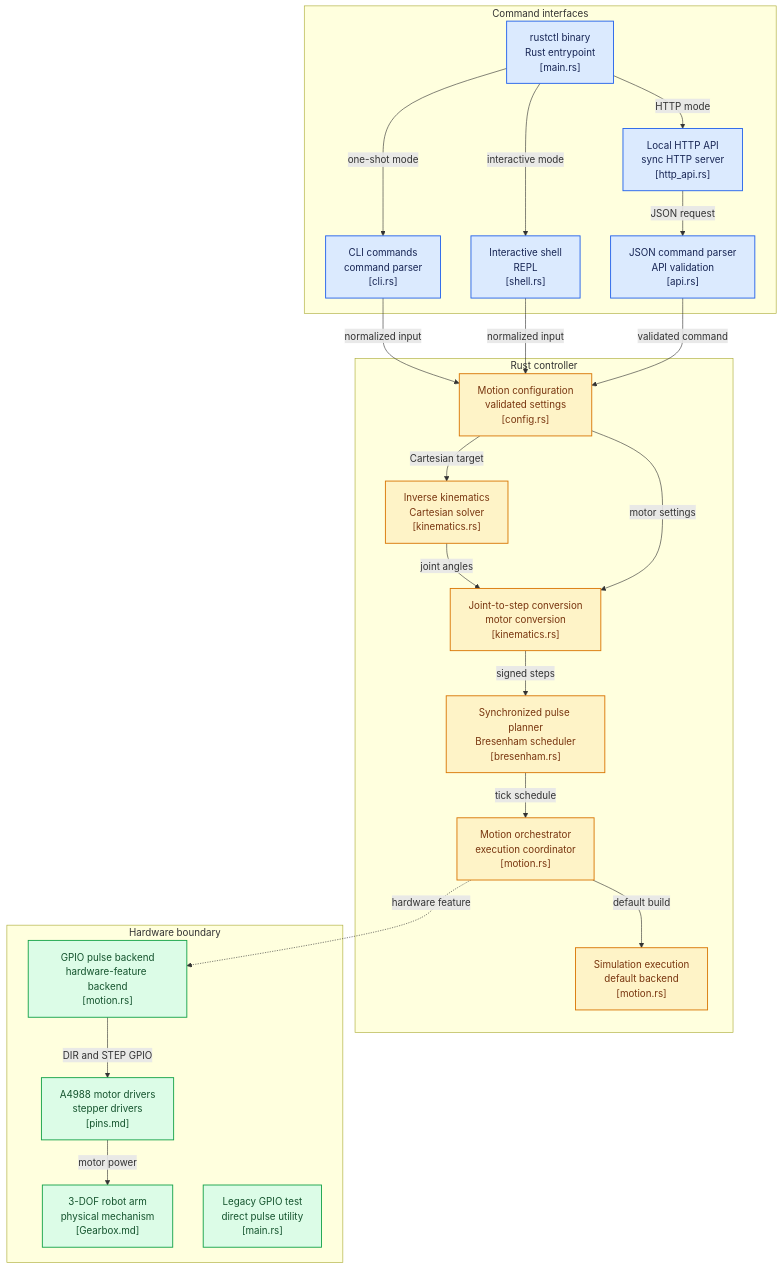
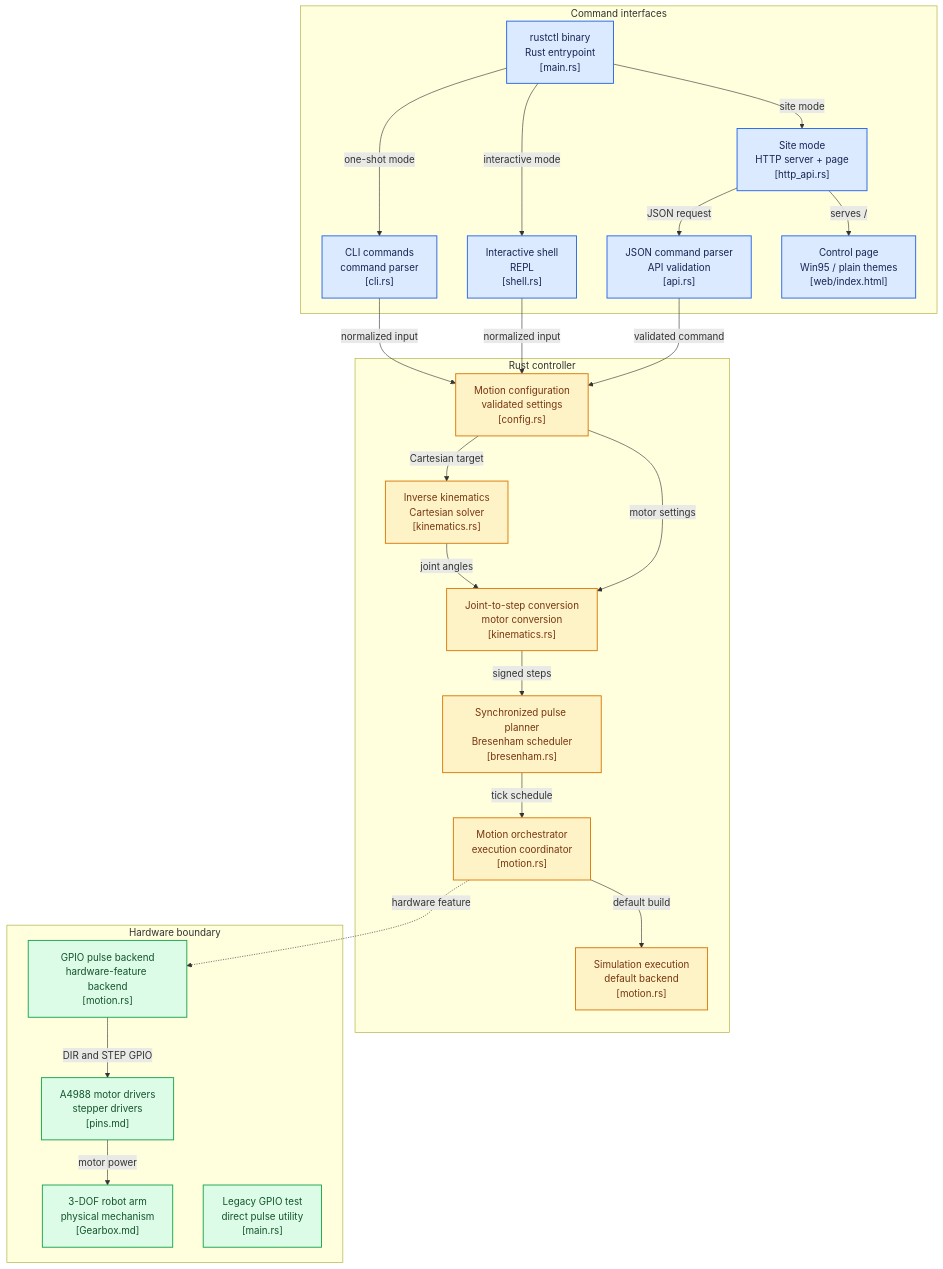
Before and after one commit to HASE-HGV/Roboterarm-HASE: the third of 5 diagrams in README.md, drawn with Mermaid. The commit also changed other lines of this file and 11 other files, not shown here.

````diff
--- a/README.md
+++ b/README.md
@@ -252,71 +262,74 @@
 ```mermaid
 flowchart TD
 
 subgraph group_interfaces["Command interfaces"]
   node_main["rustctl binary<br/>Rust entrypoint<br/>[main.rs]"]
   node_cli["CLI commands<br/>command parser<br/>[cli.rs]"]
   node_shell["Interactive shell<br/>REPL<br/>[shell.rs]"]
-  node_http["Local HTTP API<br/>sync HTTP server<br/>[http_api.rs]"]
+  node_http["Site mode<br/>HTTP server + page<br/>[http_api.rs]"]
   node_api["JSON command parser<br/>API validation<br/>[api.rs]"]
+  node_page["Control page<br/>Win95 / plain themes<br/>[web/index.html]"]
 end
 
 subgraph group_controller["Rust controller"]
   node_config["Motion configuration<br/>validated settings<br/>[config.rs]"]
   node_kinematics["Inverse kinematics<br/>Cartesian solver<br/>[kinematics.rs]"]
   node_step_conversion["Joint-to-step conversion<br/>motor conversion<br/>[kinematics.rs]"]
   node_planner["Synchronized pulse planner<br/>Bresenham scheduler<br/>[bresenham.rs]"]
   node_motion["Motion orchestrator<br/>execution coordinator<br/>[motion.rs]"]
   node_simulation["Simulation execution<br/>default backend<br/>[motion.rs]"]
 end
 
 subgraph group_hardware["Hardware boundary"]
   node_gpio_backend["GPIO pulse backend<br/>hardware-feature backend<br/>[motion.rs]"]
   node_drivers["A4988 motor drivers<br/>stepper drivers<br/>[pins.md]"]
   node_robot["3-DOF robot arm<br/>physical mechanism<br/>[Gearbox.md]"]
   node_gpio_test["Legacy GPIO test<br/>direct pulse utility<br/>[main.rs]"]
 end
 
 node_main -->|"one-shot mode"| node_cli
 node_main -->|"interactive mode"| node_shell
-node_main -->|"HTTP mode"| node_http
+node_main -->|"site mode"| node_http
+node_http -->|"serves /"| node_page
 node_http -->|"JSON request"| node_api
 node_cli -->|"normalized input"| node_config
 node_shell -->|"normalized input"| node_config
 node_api -->|"validated command"| node_config
 node_config -->|"Cartesian target"| node_kinematics
 node_kinematics -->|"joint angles"| node_step_conversion
 node_config -->|"motor settings"| node_step_conversion
 node_step_conversion -->|"signed steps"| node_planner
 node_planner -->|"tick schedule"| node_motion
 node_motion -->|"default build"| node_simulation
 node_motion -.->|"hardware feature"| node_gpio_backend
 node_gpio_backend -->|"DIR and STEP GPIO"| node_drivers
 node_drivers -->|"motor power"| node_robot
 
 click node_main "https://github.com/hase-hgv/roboterarm-hase/blob/main/rustctl/src/main.rs"
 click node_cli "https://github.com/hase-hgv/roboterarm-hase/blob/main/rustctl/src/cli.rs"
 click node_shell "https://github.com/hase-hgv/roboterarm-hase/blob/main/rustctl/src/shell.rs"
 click node_http "https://github.com/hase-hgv/roboterarm-hase/blob/main/rustctl/src/http_api.rs"
 click node_api "https://github.com/hase-hgv/roboterarm-hase/blob/main/rustctl/src/api.rs"
+click node_page "https://github.com/hase-hgv/roboterarm-hase/blob/main/rustctl/web/index.html"
 click node_config "https://github.com/hase-hgv/roboterarm-hase/blob/main/rustctl/src/config.rs"
 click node_kinematics "https://github.com/hase-hgv/roboterarm-hase/blob/main/rustctl/src/kinematics.rs"
 click node_step_conversion "https://github.com/hase-hgv/roboterarm-hase/blob/main/rustctl/src/kinematics.rs"
 click node_planner "https://github.com/hase-hgv/roboterarm-hase/blob/main/rustctl/src/bresenham.rs"
 click node_motion "https://github.com/hase-hgv/roboterarm-hase/blob/main/rustctl/src/motion.rs"
 click node_simulation "https://github.com/hase-hgv/roboterarm-hase/blob/main/rustctl/src/motion.rs"
 click node_gpio_backend "https://github.com/hase-hgv/roboterarm-hase/blob/main/rustctl/src/motion.rs"
 click node_drivers "https://github.com/hase-hgv/roboterarm-hase/blob/main/pins.md"
 click node_robot "https://github.com/hase-hgv/roboterarm-hase/blob/main/VI21-Anlagen/Gearbox.md"
 click node_gpio_test "https://github.com/hase-hgv/roboterarm-hase/blob/main/gpioTest/src/main.rs"
 
 classDef toneNeutral fill:#f8fafc,stroke:#334155,stroke-width:1.5px,color:#0f172a
 classDef toneBlue fill:#dbeafe,stroke:#2563eb,stroke-width:1.5px,color:#172554
 classDef toneAmber fill:#fef3c7,stroke:#d97706,stroke-width:1.5px,color:#78350f
 classDef toneMint fill:#dcfce7,stroke:#16a34a,stroke-width:1.5px,color:#14532d
 classDef toneRose fill:#ffe4e6,stroke:#e11d48,stroke-width:1.5px,color:#881337
 classDef toneIndigo fill:#e0e7ff,stroke:#4f46e5,stroke-width:1.5px,color:#312e81
 classDef toneTeal fill:#ccfbf1,stroke:#0f766e,stroke-width:1.5px,color:#134e4a
-class node_main,node_cli,node_shell,node_http,node_api toneBlue
+class node_main,node_cli,node_shell,node_http,node_api,node_page toneBlue
 class node_config,node_kinematics,node_step_conversion,node_planner,node_motion,node_simulation toneAmber
 class node_gpio_backend,node_drivers,node_robot,node_gpio_test toneMint
 ```
````
